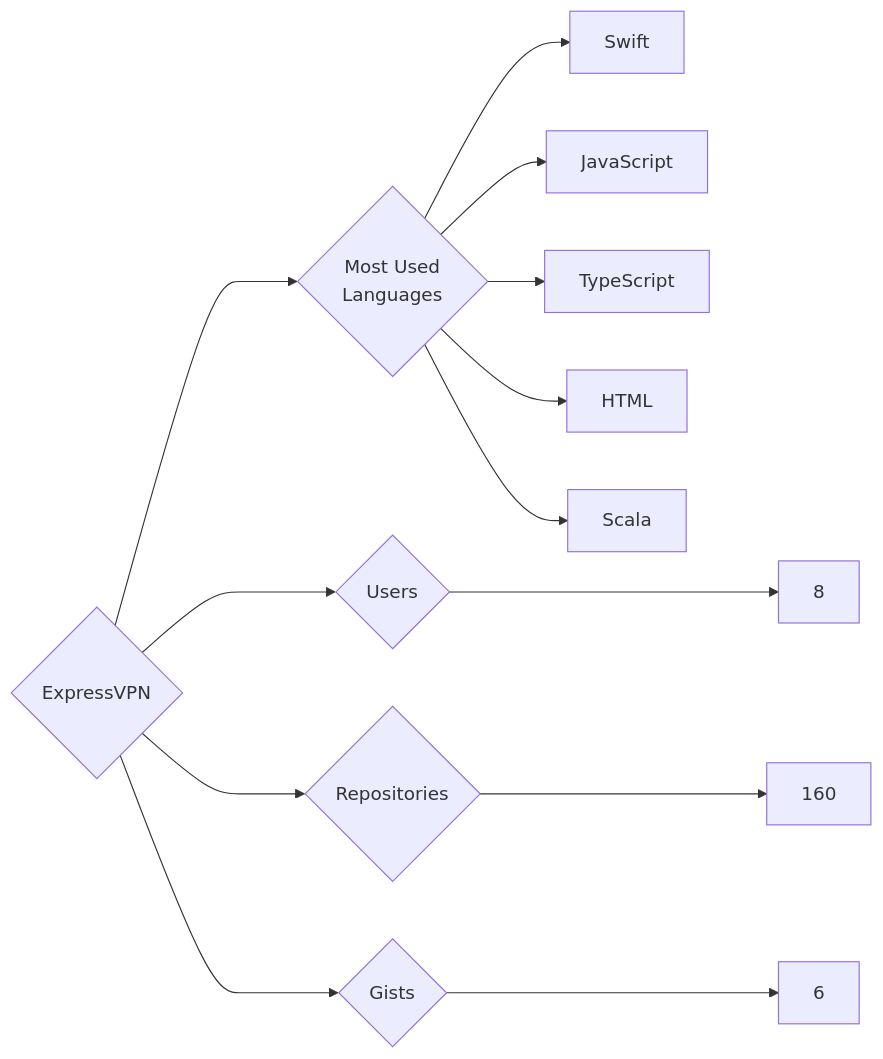
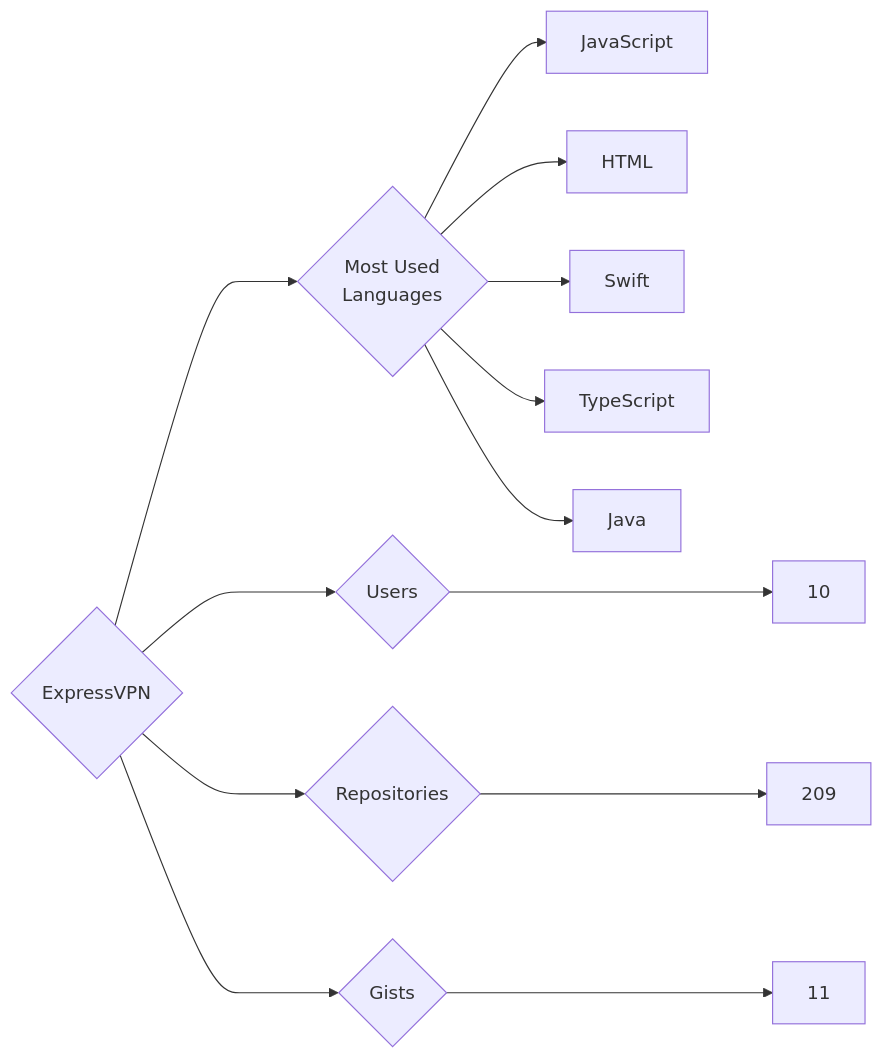
Before and after one commit to trickest/insiders: the diagram in targets/ExpressVPN/README.md, drawn with Mermaid. The commit also changed 1149 other files, not shown here.

````diff
--- a/targets/ExpressVPN/README.md
+++ b/targets/ExpressVPN/README.md
@@ -3,13 +3,13 @@
 ```mermaid
 graph LR
 COMPANY_NAME{ExpressVPN}
-COMPANY_NAME ---> U{Users} ---> UN[8]
-COMPANY_NAME ---> R{Repositories} ---> RN[160]
-COMPANY_NAME ---> G{Gists} ---> GN[6]
+COMPANY_NAME ---> U{Users} ---> UN[10]
+COMPANY_NAME ---> R{Repositories} ---> RN[209]
+COMPANY_NAME ---> G{Gists} ---> GN[11]
 COMPANY_NAME ---> ML{Most Used<br>Languages}
+ML --> JavaScript[JavaScript]
+ML --> HTML[HTML]
 ML --> Swift[Swift]
-ML --> JavaScript[JavaScript]
 ML --> TypeScript[TypeScript]
-ML --> HTML[HTML]
-ML --> Scala[Scala]
+ML --> Java[Java]
 ```
````
